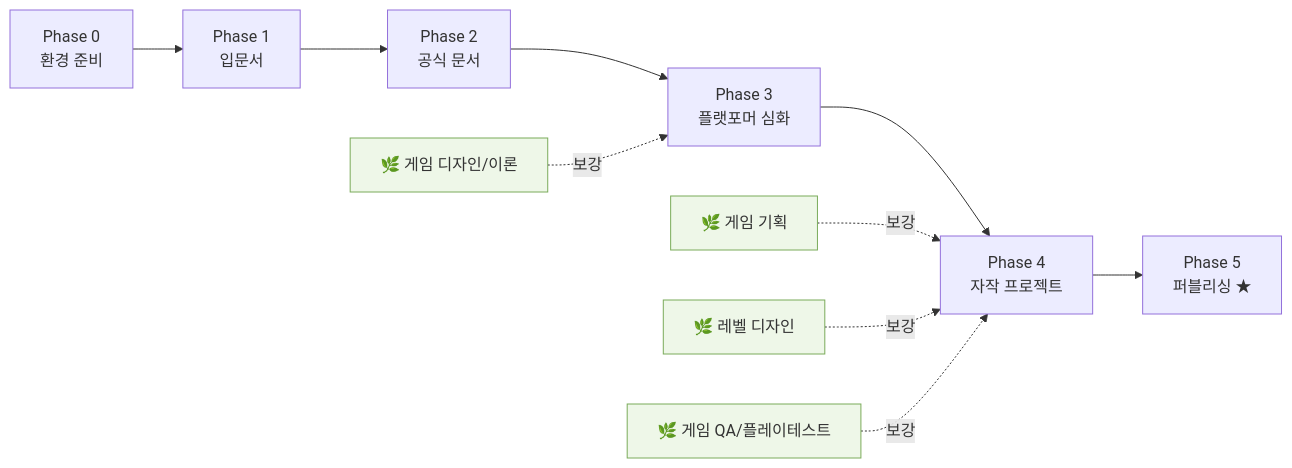
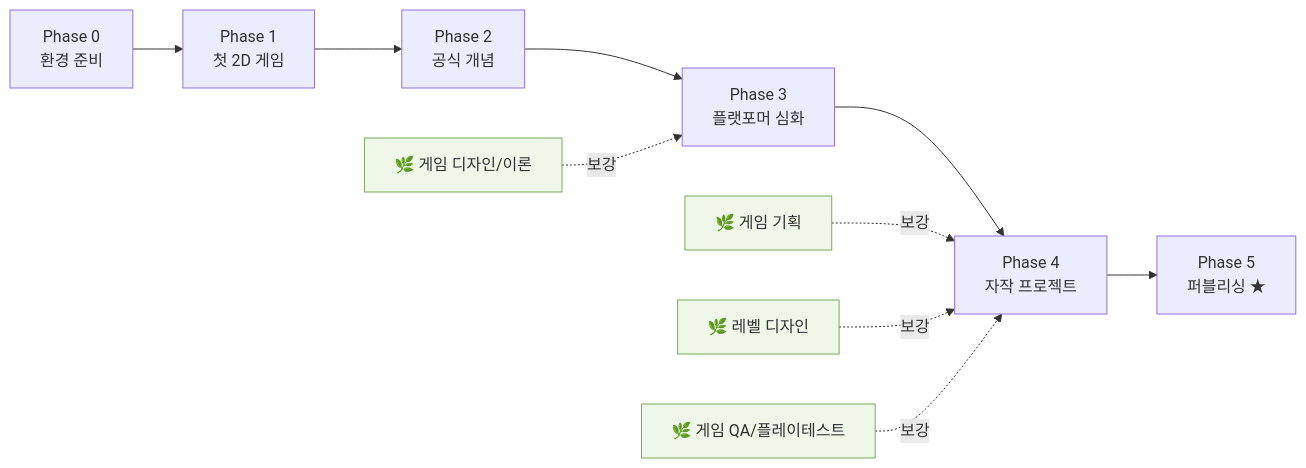
One commit to hyunctrl/learn-godot changed the diagram in docs/roadmap.md. Above: the diagram before and after it, drawn with Mermaid. The commit also changed other lines of this file and 5 other files, not shown here.

````diff
--- a/docs/roadmap.md
+++ b/docs/roadmap.md
@@ -15,9 +15,9 @@
 ```mermaid
 flowchart LR
-    P0["Phase 0<br/>환경 준비"] --> P1["Phase 1<br/>입문서"] --> P2["Phase 2<br/>공식 문서"] --> P3["Phase 3<br/>플랫포머 심화"] --> P4["Phase 4<br/>자작 프로젝트"] --> P5["Phase 5<br/>퍼블리싱 ★"]
+    P0["Phase 0<br/>환경 준비"] --> P1["Phase 1<br/>첫 2D 게임"] --> P2["Phase 2<br/>공식 개념"] --> P3["Phase 3<br/>플랫포머 심화"] --> P4["Phase 4<br/>자작 프로젝트"] --> P5["Phase 5<br/>퍼블리싱 ★"]
     B1[🌿 게임 기획]:::b -.보강.-> P4
     B2[🌿 게임 디자인/이론]:::b -.보강.-> P3
     B3[🌿 레벨 디자인]:::b -.보강.-> P4
     B4[🌿 게임 QA/플레이테스트]:::b -.보강.-> P4
     classDef b fill:#eef7e8,stroke:#7aab5a;
 ```
````
